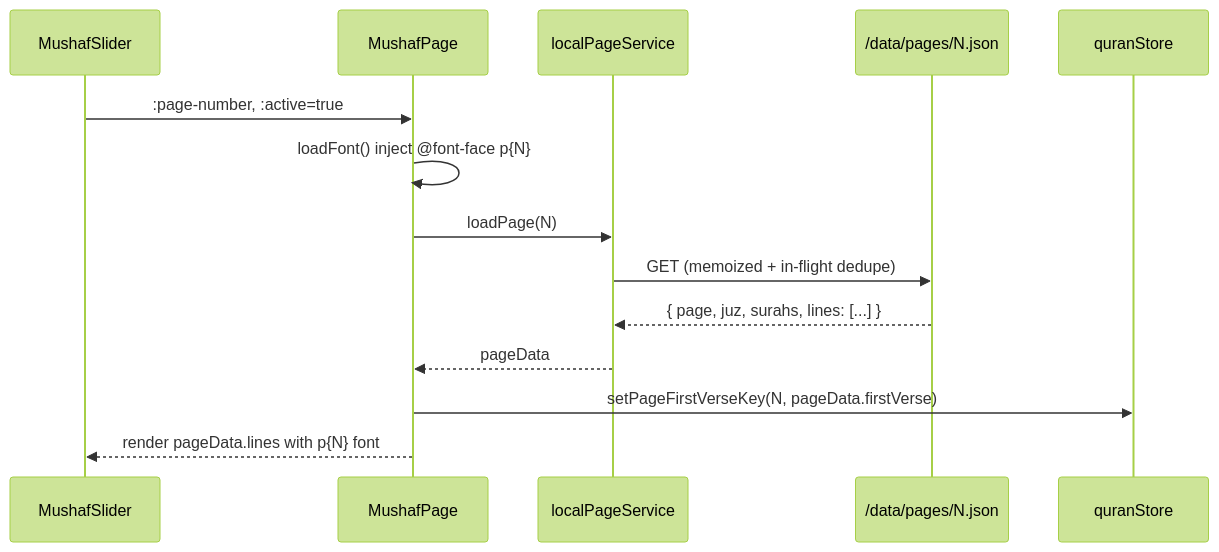
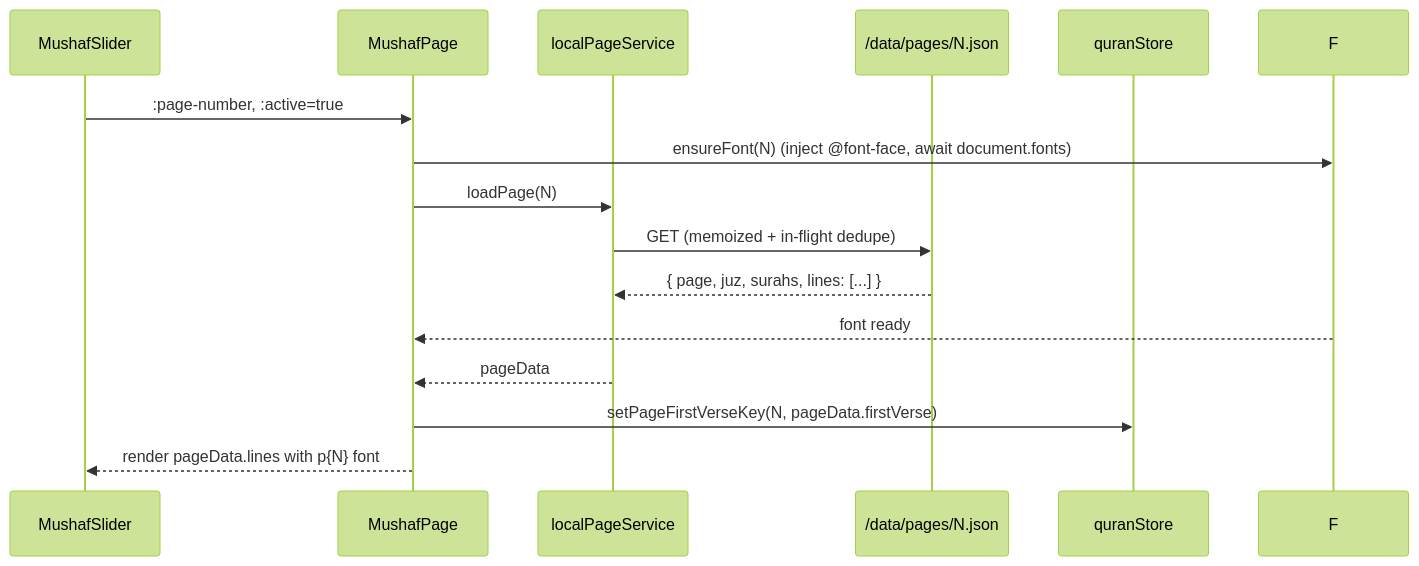
The second of 3 diagrams in docs/ARCHITECTURE.md (saadamamss/quran-app), drawn with Mermaid (forest theme) before and after one commit. The commit also changed other lines of this file and 9 other files, not shown here.

First line of the commit message:
Load page fonts on demand instead of precaching 46 MB

````diff
--- a/docs/ARCHITECTURE.md
+++ b/docs/ARCHITECTURE.md
@@ -69,17 +69,18 @@
 ```mermaid
 sequenceDiagram
     participant S as MushafSlider
     participant P as MushafPage
     participant L as localPageService
     participant D as /data/pages/N.json
     participant St as quranStore
 
     S->>P: :page-number, :active=true
-    P->>P: loadFont() inject @font-face p{N}
+    P->>F: ensureFont(N)  (inject @font-face, await document.fonts)
     P->>L: loadPage(N)
     L->>D: GET (memoized + in-flight dedupe)
     D-->>L: { page, juz, surahs, lines: [...] }
+    F-->>P: font ready
     L-->>P: pageData
     P->>St: setPageFirstVerseKey(N, pageData.firstVerse)
     P-->>S: render pageData.lines with p{N} font
 ```
````
